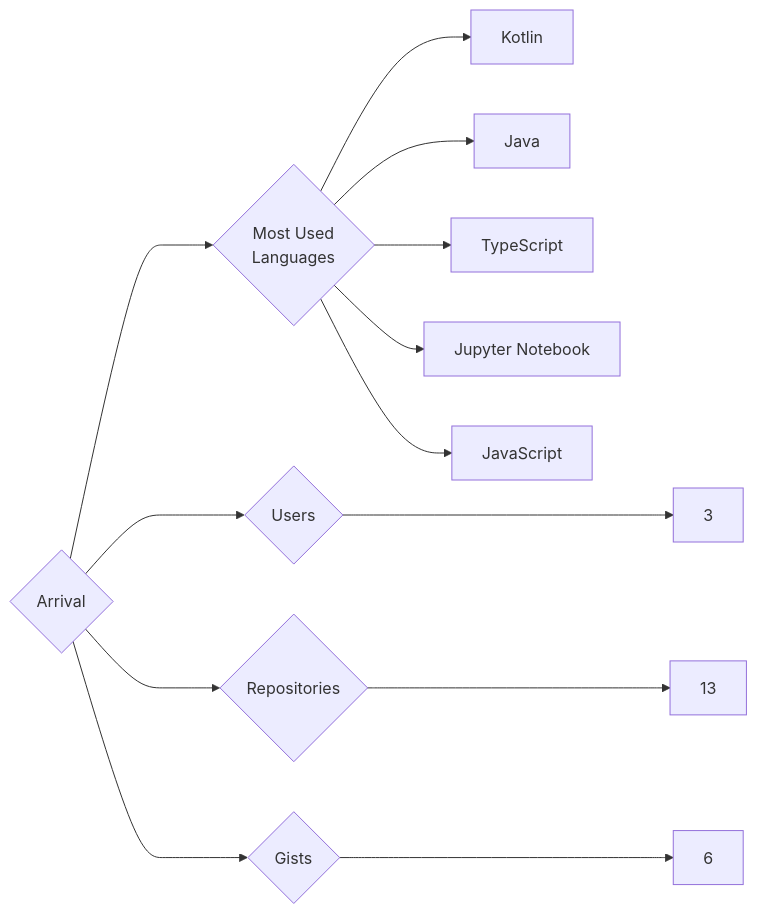
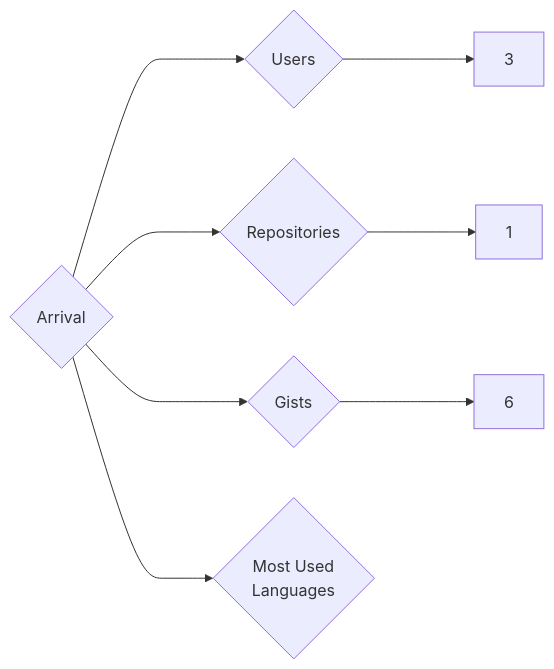
Before and after one commit to trickest/insiders: the diagram in targets/Arrival/README.md, drawn with Mermaid. The commit also changed 873 other files, not shown here.

````diff
--- a/targets/Arrival/README.md
+++ b/targets/Arrival/README.md
@@ -3,13 +3,8 @@
 ```mermaid
 graph LR
 COMPANY_NAME{Arrival}
 COMPANY_NAME ---> U{Users} ---> UN[3]
-COMPANY_NAME ---> R{Repositories} ---> RN[13]
+COMPANY_NAME ---> R{Repositories} ---> RN[1]
 COMPANY_NAME ---> G{Gists} ---> GN[6]
 COMPANY_NAME ---> ML{Most Used<br>Languages}
-ML --> Kotlin[Kotlin]
-ML --> Java[Java]
-ML --> TypeScript[TypeScript]
-ML --> Jupyter_Notebook[Jupyter Notebook]
-ML --> JavaScript[JavaScript]
 ```
````
